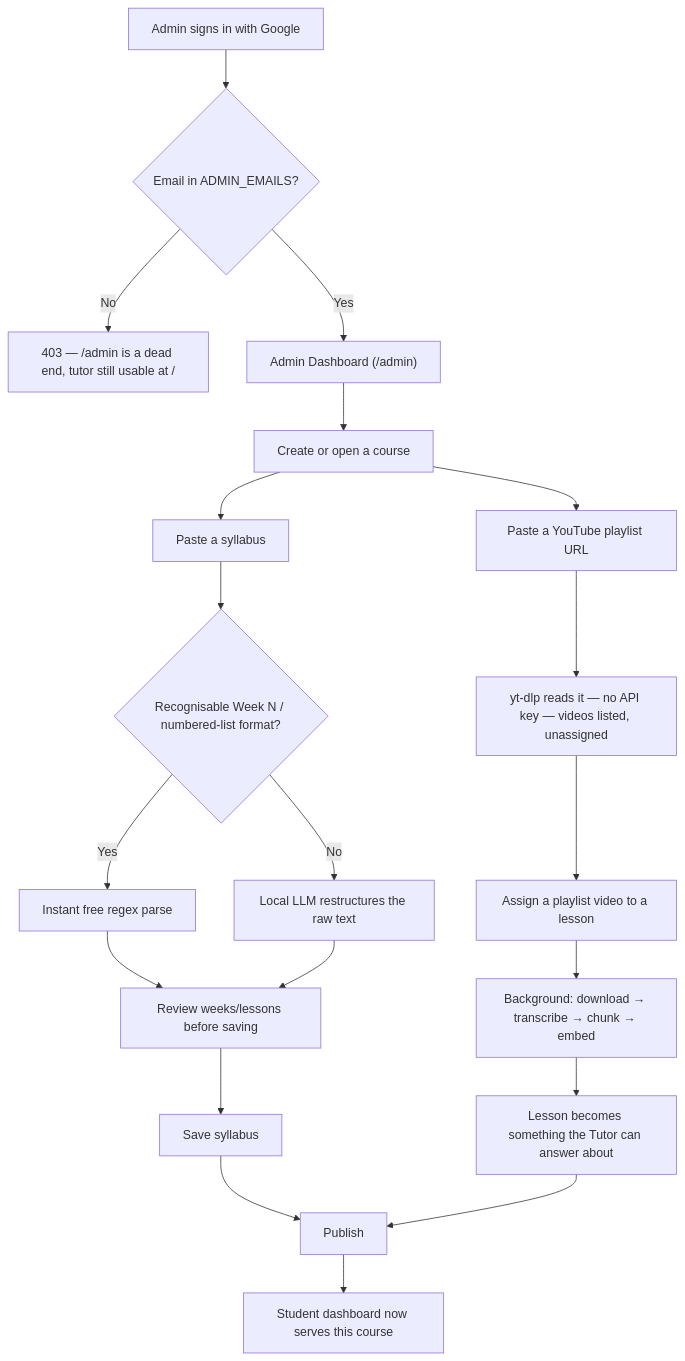
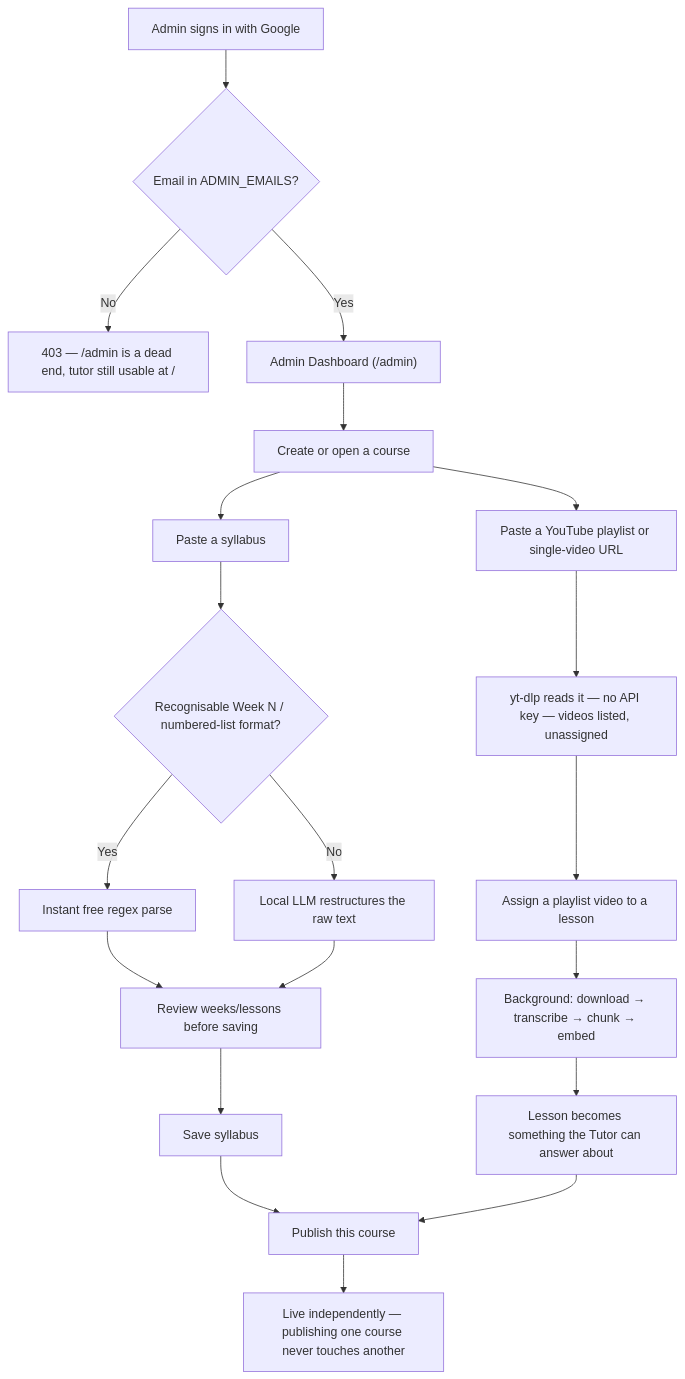
The fourth of 6 diagrams in README.md (V1shnuuu/My-Tutor), drawn with Mermaid before and after one commit. The commit also changed other lines of this file and 24 other files, not shown here.

````diff
--- a/README.md
+++ b/README.md
@@ -99,22 +170,22 @@
 ```mermaid
 flowchart TD
     A["Admin signs in with Google"] --> B{"Email in ADMIN_EMAILS?"}
     B -- "No" --> X["403 — /admin is a dead end, tutor still usable at /"]
     B -- "Yes" --> C["Admin Dashboard (/admin)"]
     C --> D["Create or open a course"]
-    D --> E["Paste a YouTube playlist URL"]
+    D --> E["Paste a YouTube playlist or single-video URL"]
     E --> F["yt-dlp reads it — no API key — videos listed, unassigned"]
     D --> G["Paste a syllabus"]
     G --> H{"Recognisable Week N / numbered-list format?"}
     H -- "Yes" --> I["Instant free regex parse"]
     H -- "No" --> J["Local LLM restructures the raw text"]
     I --> K["Review weeks/lessons before saving"]
     J --> K
     K --> L["Save syllabus"]
     F --> M["Assign a playlist video to a lesson"]
     M --> N["Background: download → transcribe → chunk → embed"]
     N --> O["Lesson becomes something the Tutor can answer about"]
-    L --> P["Publish"]
-    O --> P
-    P --> Q["Student dashboard now serves this course"]
+    L --> Q["Publish this course"]
+    O --> Q
+    Q --> S["Live independently — publishing one course never touches another"]
 ```
````
